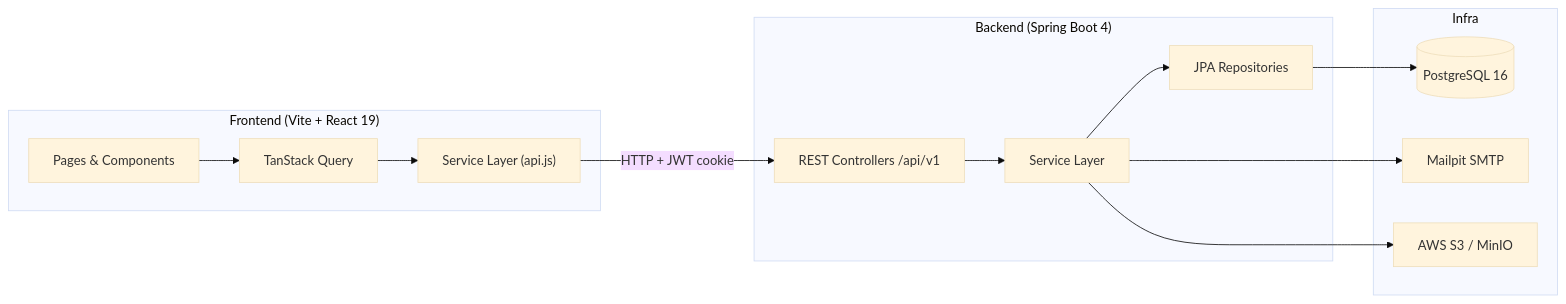
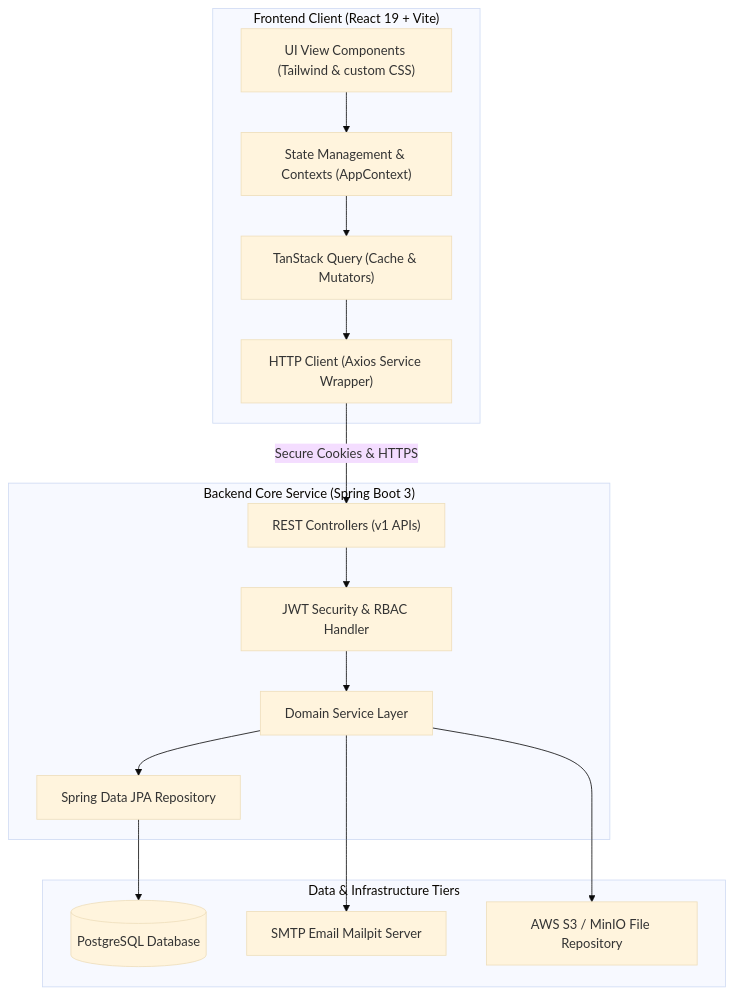
The diagram in README.md (ritesh-prajan/Employee-Resource-Manager), drawn with Mermaid (base theme) before and after one commit. The commit also changed other lines of this file, not shown here.

````diff
--- a/README.md
+++ b/README.md
@@ -47,22 +36,33 @@
 ```mermaid
-graph LR
-    subgraph Frontend ["Frontend (Vite + React 19)"]
-        UI["Pages & Components"]
-        TQ["TanStack Query"]
-        SVC["Service Layer (api.js)"]
-    end
-    subgraph Backend ["Backend (Spring Boot 4)"]
-        CTRL["REST Controllers /api/v1"]
-        SB["Service Layer"]
-        JPA["JPA Repositories"]
-    end
-    subgraph Infra
-        PG[(PostgreSQL 16)]
-        MAIL[Mailpit SMTP]
-        S3[AWS S3 / MinIO]
+graph TD
+    subgraph Client ["Frontend Client (React 19 + Vite)"]
+        UI["UI View Components (Tailwind & custom CSS)"]
+        State["State Management & Contexts (AppContext)"]
+        Query["TanStack Query (Cache & Mutators)"]
+        API["HTTP Client (Axios Service Wrapper)"]
     end
 
-    UI --> TQ --> SVC -->|HTTP + JWT cookie| CTRL --> SB --> JPA --> PG
-    SB --> MAIL
-    SB --> S3
+    subgraph Service ["Backend Core Service (Spring Boot 3)"]
+        Controller["REST Controllers (v1 APIs)"]
+        Security["JWT Security & RBAC Handler"]
+        BizLogic["Domain Service Layer"]
+        DataLayer["Spring Data JPA Repository"]
+    end
+
+    subgraph Infrastructure ["Data & Infrastructure Tiers"]
+        DB[(PostgreSQL Database)]
+        SMTP[SMTP Email Mailpit Server]
+        Storage[AWS S3 / MinIO File Repository]
+    end
+
+    UI --> State
+    State --> Query
+    Query --> API
+    API -->|Secure Cookies & HTTPS| Controller
+    Controller --> Security
+    Security --> BizLogic
+    BizLogic --> DataLayer
+    DataLayer --> DB
+    BizLogic --> SMTP
+    BizLogic --> Storage
 ```
````
